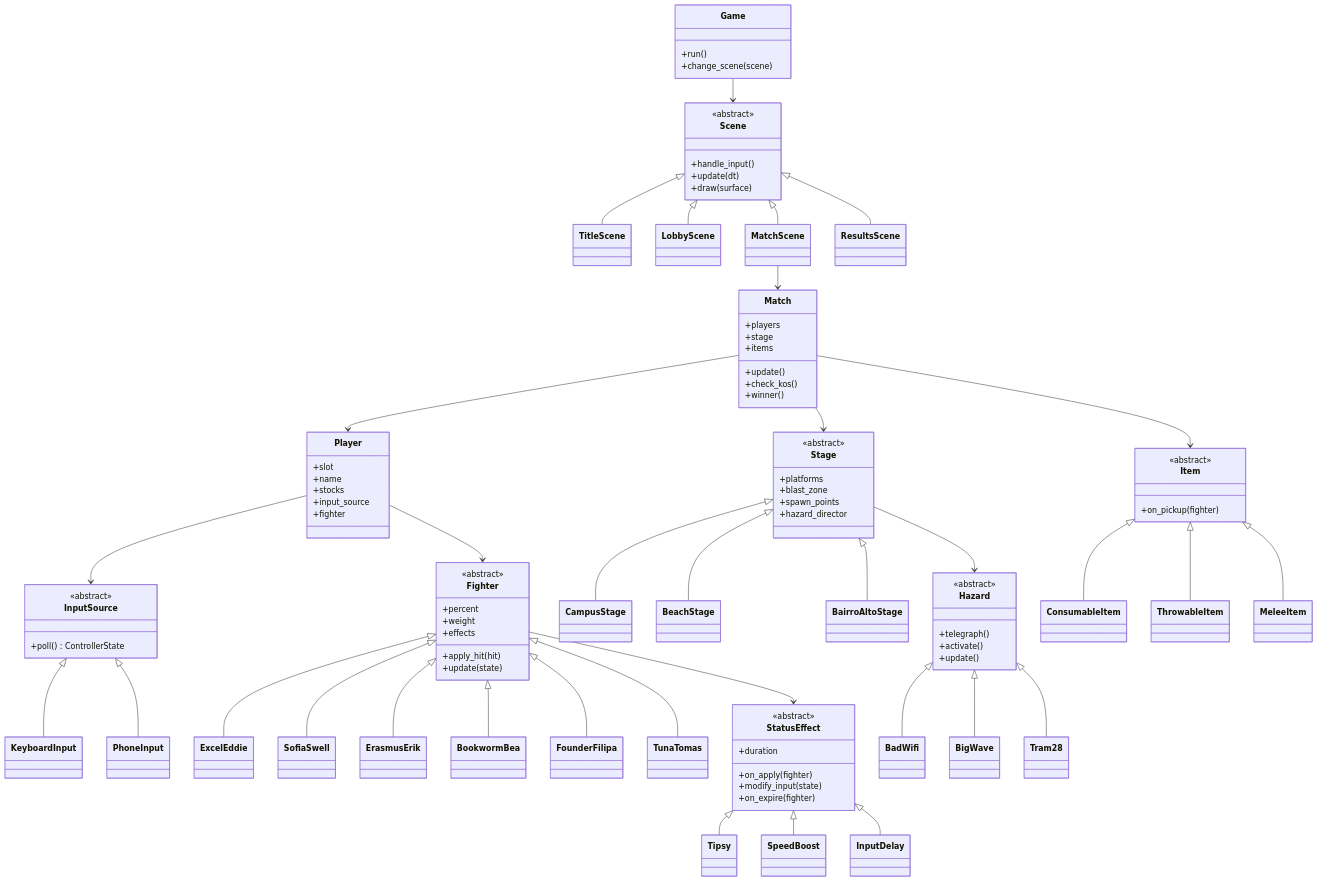
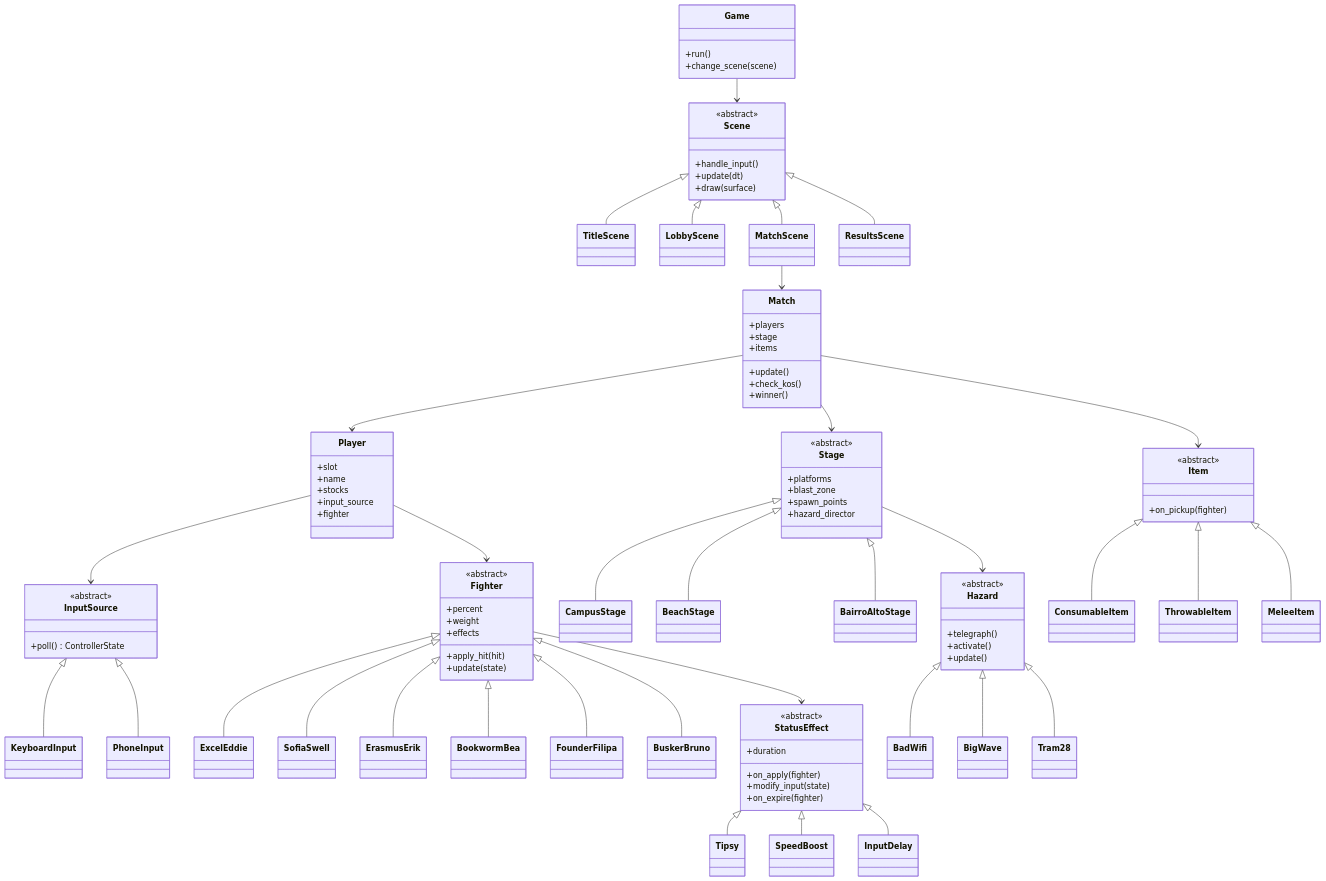
One commit to cfmtsh8svv-eng/Nova-Smash-Bros changed the first of 2 diagrams in docs/SPECS.md. Above: the diagram before and after it, drawn with Mermaid. The commit also changed other lines of this file and 5 other files, not shown here.

```diff
--- a/docs/SPECS.md
+++ b/docs/SPECS.md
@@ -337,7 +324,7 @@
     Fighter <|-- ErasmusErik
     Fighter <|-- BookwormBea
     Fighter <|-- FounderFilipa
-    Fighter <|-- TunaTomas
+    Fighter <|-- BuskerBruno
 
     class Stage {
         <<abstract>>
```
